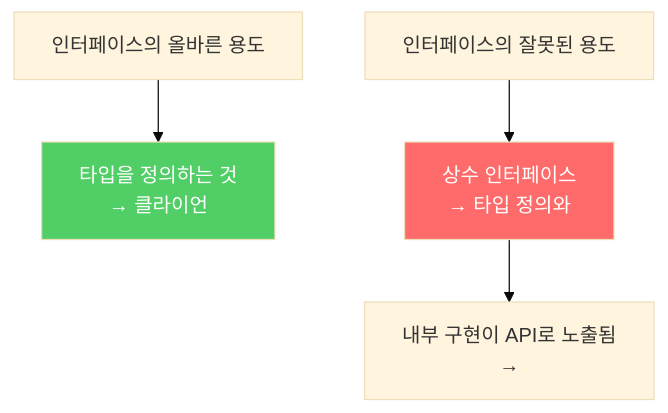
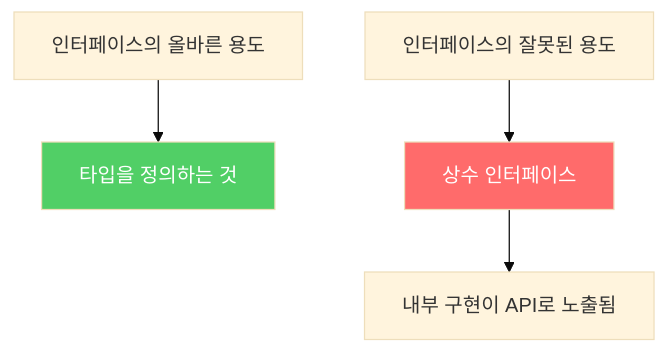
Before and after one commit to yjkim2015/yjkim2015.github.io: the third of 3 diagrams in _posts/java/2022-01-04-effective-java22.md, drawn with Mermaid (base theme). The commit also changed other lines of this file and 217 other files, not shown here.

First line of the commit message:
Mermaid 크기 수정: useMaxWidth:true + SVG max-width:100% + 라벨 축소

````diff
--- a/_posts/java/2022-01-04-effective-java22.md
+++ b/_posts/java/2022-01-04-effective-java22.md
@@ -151,8 +151,8 @@
 ```mermaid
 graph TD
-    A["인터페이스의 올바른 용도"] --> B["타입을 정의하는 것\n→ 클라이언"]
-    C["인터페이스의 잘못된 용도"] --> D["상수 인터페이스\n→ 타입 정의와"]
-    D --> E["내부 구현이 API로 노출됨\n→"]
+    A["인터페이스의 올바른 용도"] --> B["타입을 정의하는 것"]
+    C["인터페이스의 잘못된 용도"] --> D["상수 인터페이스"]
+    D --> E["내부 구현이 API로 노출됨"]
     style B fill:#51cf66,color:#fff
     style D fill:#ff6b6b,color:#fff
 ```
````
